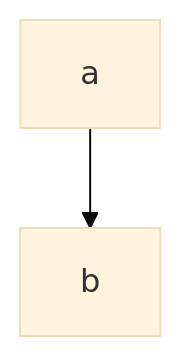
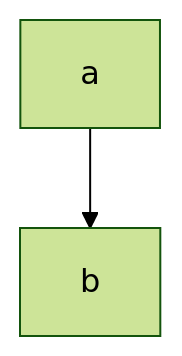
One commit to mermaid-js/mermaid changed the first of 2 diagrams in docs/config/theming.md. Above: the diagram before and after it, drawn with Mermaid. The commit also changed other lines of this file and 1 other file, not shown here.

````diff
--- a/docs/config/theming.md
+++ b/docs/config/theming.md
@@ -54,5 +50,5 @@
 ```mermaid
-%%{init: {'theme':'base'}}%%
+%%{init: {'theme':'forest'}}%%
   graph TD
     a --> b
 ```
````
